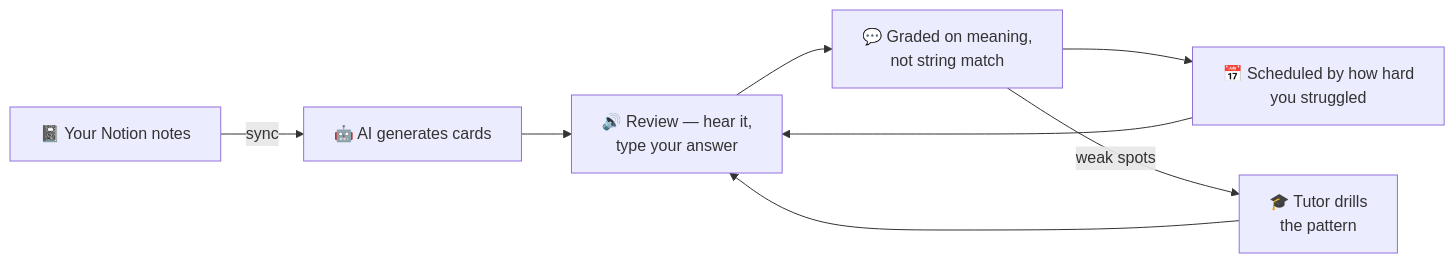
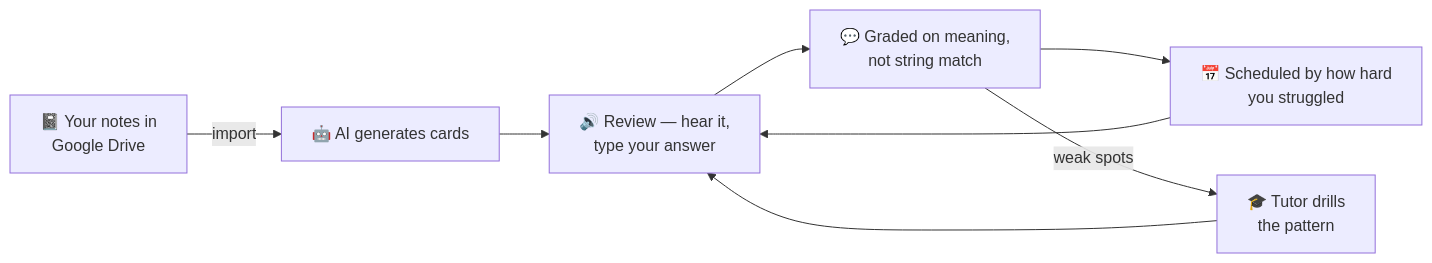
The diagram in README.md (Z-Mosayebi/flashcart-app), drawn with Mermaid before and after one commit. The commit also changed other lines of this file and 32 other files, not shown here.

First line of the commit message:
Replace Notion importing with Google Drive

````diff
--- a/README.md
+++ b/README.md
@@ -56,10 +56,10 @@
 ```mermaid
 flowchart LR
-    A["📓 Your Notion notes"] -->|sync| B["🤖 AI generates cards"]
+    A["📓 Your notes in<br/>Google Drive"] -->|import| B["🤖 AI generates cards"]
     B --> C["🔊 Review — hear it,<br/>type your answer"]
     C --> D["💬 Graded on meaning,<br/>not string match"]
     D --> E["📅 Scheduled by how hard<br/>you struggled"]
     E --> C
     D -->|weak spots| F["🎓 Tutor drills<br/>the pattern"]
     F --> C
 ```
````
